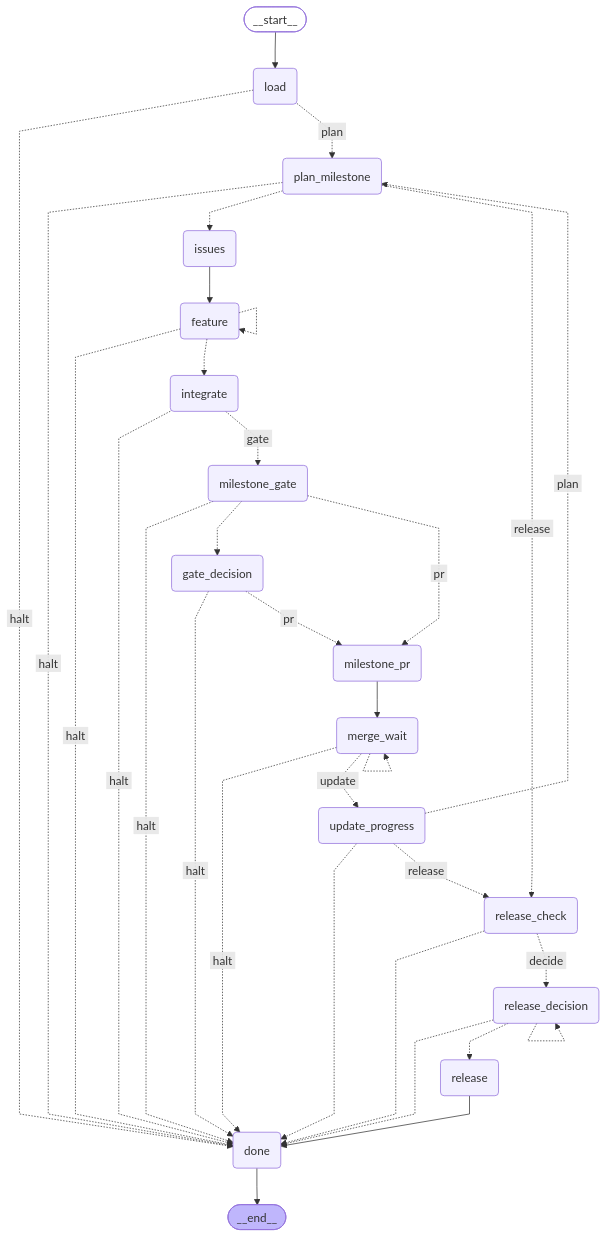
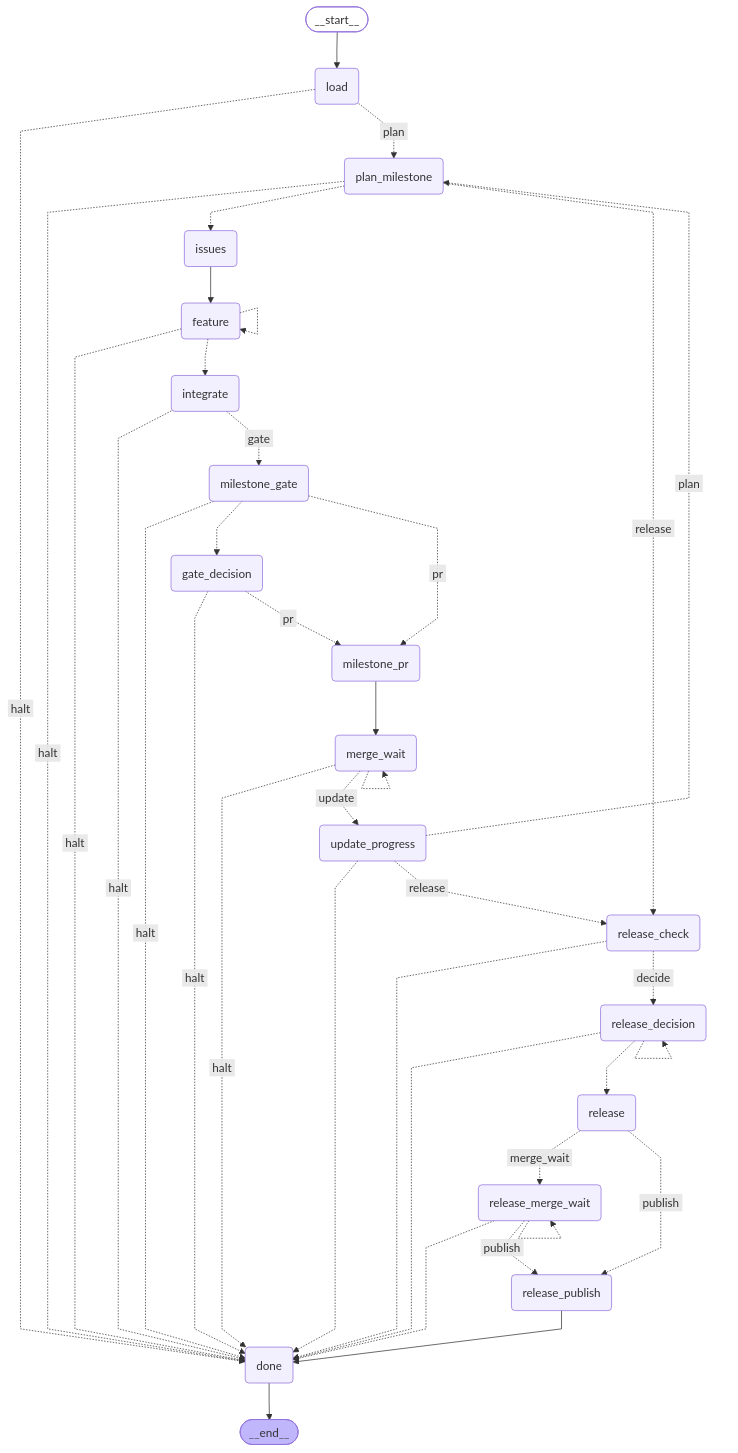
One commit to NewMe505/SCIO changed the tenth of 10 diagrams in docs/ARCHITECTURE.md. Above: the diagram before and after it, drawn with Mermaid. The commit also changed 6 other files, not shown here.

````diff
--- a/docs/ARCHITECTURE.md
+++ b/docs/ARCHITECTURE.md
@@ -938,58 +938,65 @@
 ```mermaid
 ---
 config:
   flowchart:
     curve: linear
 ---
 graph TD;
 	__start__([<p>__start__</p>]):::first
 	load(load)
 	plan_milestone(plan_milestone)
 	issues(issues)
 	feature(feature)
 	integrate(integrate)
 	milestone_gate(milestone_gate)
 	gate_decision(gate_decision)
 	milestone_pr(milestone_pr)
 	merge_wait(merge_wait)
 	update_progress(update_progress)
 	release_check(release_check)
 	release_decision(release_decision)
 	release(release)
+	release_merge_wait(release_merge_wait)
+	release_publish(release_publish)
 	done(done)
 	__end__([<p>__end__</p>]):::last
 	__start__ --> load;
 	feature -. &nbsp;halt&nbsp; .-> done;
 	feature -.-> integrate;
 	gate_decision -. &nbsp;halt&nbsp; .-> done;
 	gate_decision -. &nbsp;pr&nbsp; .-> milestone_pr;
 	integrate -. &nbsp;halt&nbsp; .-> done;
 	integrate -. &nbsp;gate&nbsp; .-> milestone_gate;
 	issues --> feature;
 	load -. &nbsp;halt&nbsp; .-> done;
 	load -. &nbsp;plan&nbsp; .-> plan_milestone;
 	merge_wait -. &nbsp;halt&nbsp; .-> done;
 	merge_wait -. &nbsp;update&nbsp; .-> update_progress;
 	milestone_gate -. &nbsp;halt&nbsp; .-> done;
 	milestone_gate -.-> gate_decision;
 	milestone_gate -. &nbsp;pr&nbsp; .-> milestone_pr;
 	milestone_pr --> merge_wait;
 	plan_milestone -. &nbsp;halt&nbsp; .-> done;
 	plan_milestone -.-> issues;
 	plan_milestone -. &nbsp;release&nbsp; .-> release_check;
-	release --> done;
+	release -. &nbsp;merge_wait&nbsp; .-> release_merge_wait;
+	release -. &nbsp;publish&nbsp; .-> release_publish;
 	release_check -.-> done;
 	release_check -. &nbsp;decide&nbsp; .-> release_decision;
 	release_decision -.-> done;
 	release_decision -.-> release;
+	release_merge_wait -.-> done;
+	release_merge_wait -. &nbsp;publish&nbsp; .-> release_publish;
+	release_publish --> done;
 	update_progress -.-> done;
 	update_progress -. &nbsp;plan&nbsp; .-> plan_milestone;
 	update_progress -. &nbsp;release&nbsp; .-> release_check;
 	done --> __end__;
 	feature -.-> feature;
 	merge_wait -.-> merge_wait;
 	release_decision -.-> release_decision;
+	release_merge_wait -.-> release_merge_wait;
 	classDef default fill:#f2f0ff,line-height:1.2
 	classDef first fill-opacity:0
 	classDef last fill:#bfb6fc
 ```
````
